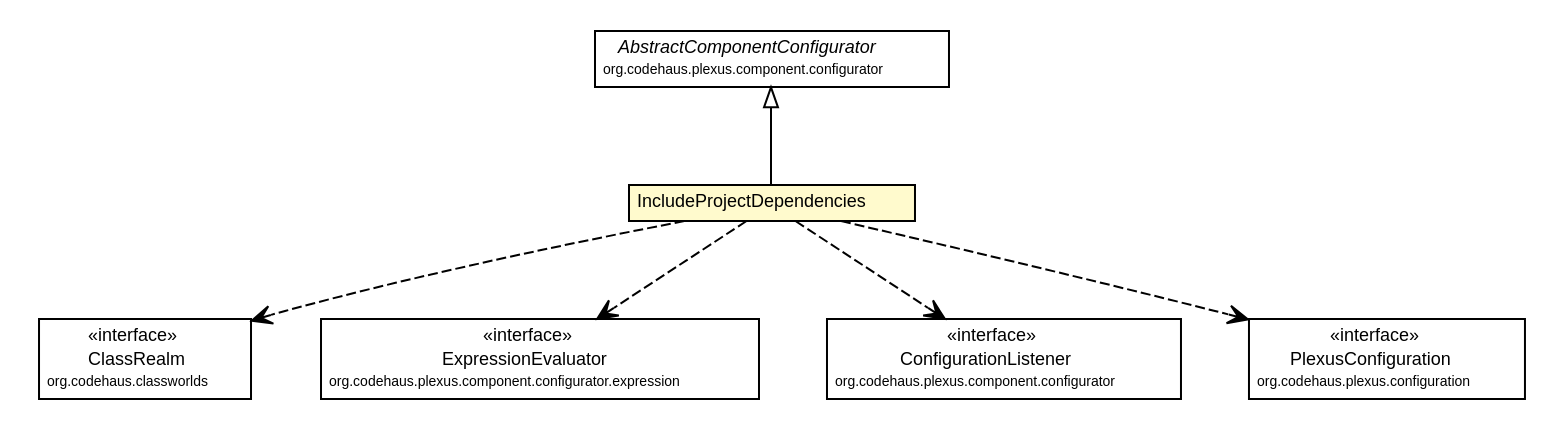
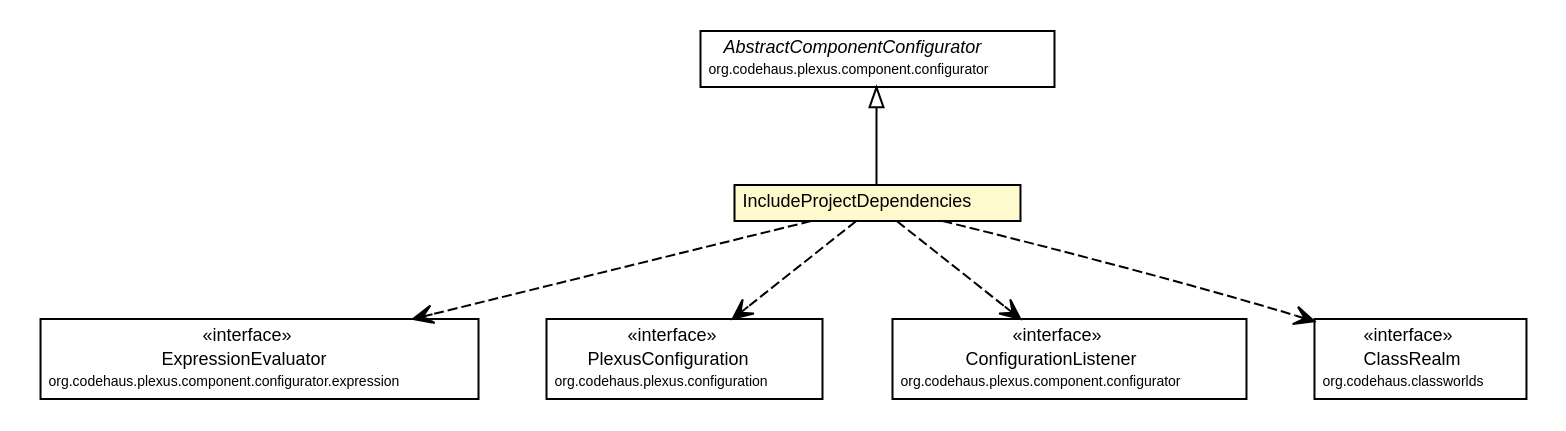
Before and after one commit to synchronoss/cpo-api: the diagram in site/apidocs/org/synchronoss/cpo/plugin/IncludeProjectDependencies.dot, drawn with Graphviz. The commit also changed 873 other files, not shown here.

```diff
--- a/site/apidocs/org/synchronoss/cpo/plugin/IncludeProjectDependencies.dot
+++ b/site/apidocs/org/synchronoss/cpo/plugin/IncludeProjectDependencies.dot
@@ -1,65 +1,65 @@
 #!/usr/local/bin/dot
 #
 # Class diagram 
 # Generated by UmlGraph version 4.6 (http://www.spinellis.gr/sw/umlgraph)
 #
 
 digraph G {
 	edge [fontname="Helvetica",fontsize=10,labelfontname="Helvetica",labelfontsize=10];
 	node [fontname="Helvetica",fontsize=10,shape=plaintext];
 	// org.synchronoss.cpo.plugin.IncludeProjectDependencies
 	c53834 [label=<<table border="0" cellborder="1" cellspacing="0" cellpadding="2" port="p" bgcolor="lemonChiffon" href="./IncludeProjectDependencies.html">
 		<tr><td><table border="0" cellspacing="0" cellpadding="1">
 			<tr><td> IncludeProjectDependencies </td></tr>
 		</table></td></tr>
 		</table>>, fontname="Helvetica", fontcolor="black", fontsize=9.0];
 	//org.synchronoss.cpo.plugin.IncludeProjectDependencies extends org.codehaus.plexus.component.configurator.AbstractComponentConfigurator
 	c53839:p -> c53834:p [dir=back,arrowtail=empty];
+	// org.synchronoss.cpo.plugin.IncludeProjectDependencies DEPEND org.codehaus.plexus.component.configurator.expression.ExpressionEvaluator
+	c53834:p -> c53840:p [taillabel="", label="", headlabel="", fontname="Helvetica", fontcolor="black", fontsize=10.0, color="black", arrowhead=open, style=dashed];
+	// org.synchronoss.cpo.plugin.IncludeProjectDependencies DEPEND org.codehaus.plexus.configuration.PlexusConfiguration
+	c53834:p -> c53841:p [taillabel="", label="", headlabel="", fontname="Helvetica", fontcolor="black", fontsize=10.0, color="black", arrowhead=open, style=dashed];
+	// org.synchronoss.cpo.plugin.IncludeProjectDependencies DEPEND org.codehaus.plexus.component.configurator.ConfigurationListener
+	c53834:p -> c53842:p [taillabel="", label="", headlabel="", fontname="Helvetica", fontcolor="black", fontsize=10.0, color="black", arrowhead=open, style=dashed];
 	// org.synchronoss.cpo.plugin.IncludeProjectDependencies DEPEND org.codehaus.classworlds.ClassRealm
-	c53834:p -> c53842:p [taillabel="", label="", headlabel="", fontname="Helvetica", fontcolor="black", fontsize=10.0, color="black", arrowhead=open, style=dashed];
-	// org.synchronoss.cpo.plugin.IncludeProjectDependencies DEPEND org.codehaus.plexus.component.configurator.expression.ExpressionEvaluator
-	c53834:p -> c53843:p [taillabel="", label="", headlabel="", fontname="Helvetica", fontcolor="black", fontsize=10.0, color="black", arrowhead=open, style=dashed];
-	// org.synchronoss.cpo.plugin.IncludeProjectDependencies DEPEND org.codehaus.plexus.component.configurator.ConfigurationListener
-	c53834:p -> c53844:p [taillabel="", label="", headlabel="", fontname="Helvetica", fontcolor="black", fontsize=10.0, color="black", arrowhead=open, style=dashed];
-	// org.synchronoss.cpo.plugin.IncludeProjectDependencies DEPEND org.codehaus.plexus.configuration.PlexusConfiguration
 	c53834:p -> c53845:p [taillabel="", label="", headlabel="", fontname="Helvetica", fontcolor="black", fontsize=10.0, color="black", arrowhead=open, style=dashed];
 	// org.codehaus.classworlds.ClassRealm
-	c53842 [label=<<table border="0" cellborder="1" cellspacing="0" cellpadding="2" port="p" href="http://java.sun.com/j2se/1.4.2/docs/api/org/codehaus/classworlds/ClassRealm.html">
+	c53845 [label=<<table border="0" cellborder="1" cellspacing="0" cellpadding="2" port="p" href="http://java.sun.com/j2se/1.4.2/docs/api/org/codehaus/classworlds/ClassRealm.html">
 		<tr><td><table border="0" cellspacing="0" cellpadding="1">
 			<tr><td> &laquo;interface&raquo; </td></tr>
 			<tr><td> ClassRealm </td></tr>
 			<tr><td><font point-size="7.0"> org.codehaus.classworlds </font></td></tr>
 		</table></td></tr>
 		</table>>, fontname="Helvetica", fontcolor="black", fontsize=9.0];
 	// org.codehaus.plexus.component.configurator.expression.ExpressionEvaluator
-	c53843 [label=<<table border="0" cellborder="1" cellspacing="0" cellpadding="2" port="p" href="http://java.sun.com/j2se/1.4.2/docs/api/org/codehaus/plexus/component/configurator/expression/ExpressionEvaluator.html">
+	c53840 [label=<<table border="0" cellborder="1" cellspacing="0" cellpadding="2" port="p" href="http://java.sun.com/j2se/1.4.2/docs/api/org/codehaus/plexus/component/configurator/expression/ExpressionEvaluator.html">
 		<tr><td><table border="0" cellspacing="0" cellpadding="1">
 			<tr><td> &laquo;interface&raquo; </td></tr>
 			<tr><td> ExpressionEvaluator </td></tr>
 			<tr><td><font point-size="7.0"> org.codehaus.plexus.component.configurator.expression </font></td></tr>
 		</table></td></tr>
 		</table>>, fontname="Helvetica", fontcolor="black", fontsize=9.0];
 	// org.codehaus.plexus.component.configurator.AbstractComponentConfigurator
 	c53839 [label=<<table border="0" cellborder="1" cellspacing="0" cellpadding="2" port="p" href="http://java.sun.com/j2se/1.4.2/docs/api/org/codehaus/plexus/component/configurator/AbstractComponentConfigurator.html">
 		<tr><td><table border="0" cellspacing="0" cellpadding="1">
 			<tr><td><font face="Helvetica-Oblique"> AbstractComponentConfigurator </font></td></tr>
 			<tr><td><font point-size="7.0"> org.codehaus.plexus.component.configurator </font></td></tr>
 		</table></td></tr>
 		</table>>, fontname="Helvetica", fontcolor="black", fontsize=9.0];
 	// org.codehaus.plexus.component.configurator.ConfigurationListener
-	c53844 [label=<<table border="0" cellborder="1" cellspacing="0" cellpadding="2" port="p" href="http://java.sun.com/j2se/1.4.2/docs/api/org/codehaus/plexus/component/configurator/ConfigurationListener.html">
+	c53842 [label=<<table border="0" cellborder="1" cellspacing="0" cellpadding="2" port="p" href="http://java.sun.com/j2se/1.4.2/docs/api/org/codehaus/plexus/component/configurator/ConfigurationListener.html">
 		<tr><td><table border="0" cellspacing="0" cellpadding="1">
 			<tr><td> &laquo;interface&raquo; </td></tr>
 			<tr><td> ConfigurationListener </td></tr>
 			<tr><td><font point-size="7.0"> org.codehaus.plexus.component.configurator </font></td></tr>
 		</table></td></tr>
 		</table>>, fontname="Helvetica", fontcolor="black", fontsize=9.0];
 	// org.codehaus.plexus.configuration.PlexusConfiguration
-	c53845 [label=<<table border="0" cellborder="1" cellspacing="0" cellpadding="2" port="p" href="http://java.sun.com/j2se/1.4.2/docs/api/org/codehaus/plexus/configuration/PlexusConfiguration.html">
+	c53841 [label=<<table border="0" cellborder="1" cellspacing="0" cellpadding="2" port="p" href="http://java.sun.com/j2se/1.4.2/docs/api/org/codehaus/plexus/configuration/PlexusConfiguration.html">
 		<tr><td><table border="0" cellspacing="0" cellpadding="1">
 			<tr><td> &laquo;interface&raquo; </td></tr>
 			<tr><td> PlexusConfiguration </td></tr>
 			<tr><td><font point-size="7.0"> org.codehaus.plexus.configuration </font></td></tr>
 		</table></td></tr>
 		</table>>, fontname="Helvetica", fontcolor="black", fontsize=9.0];
 }
```
